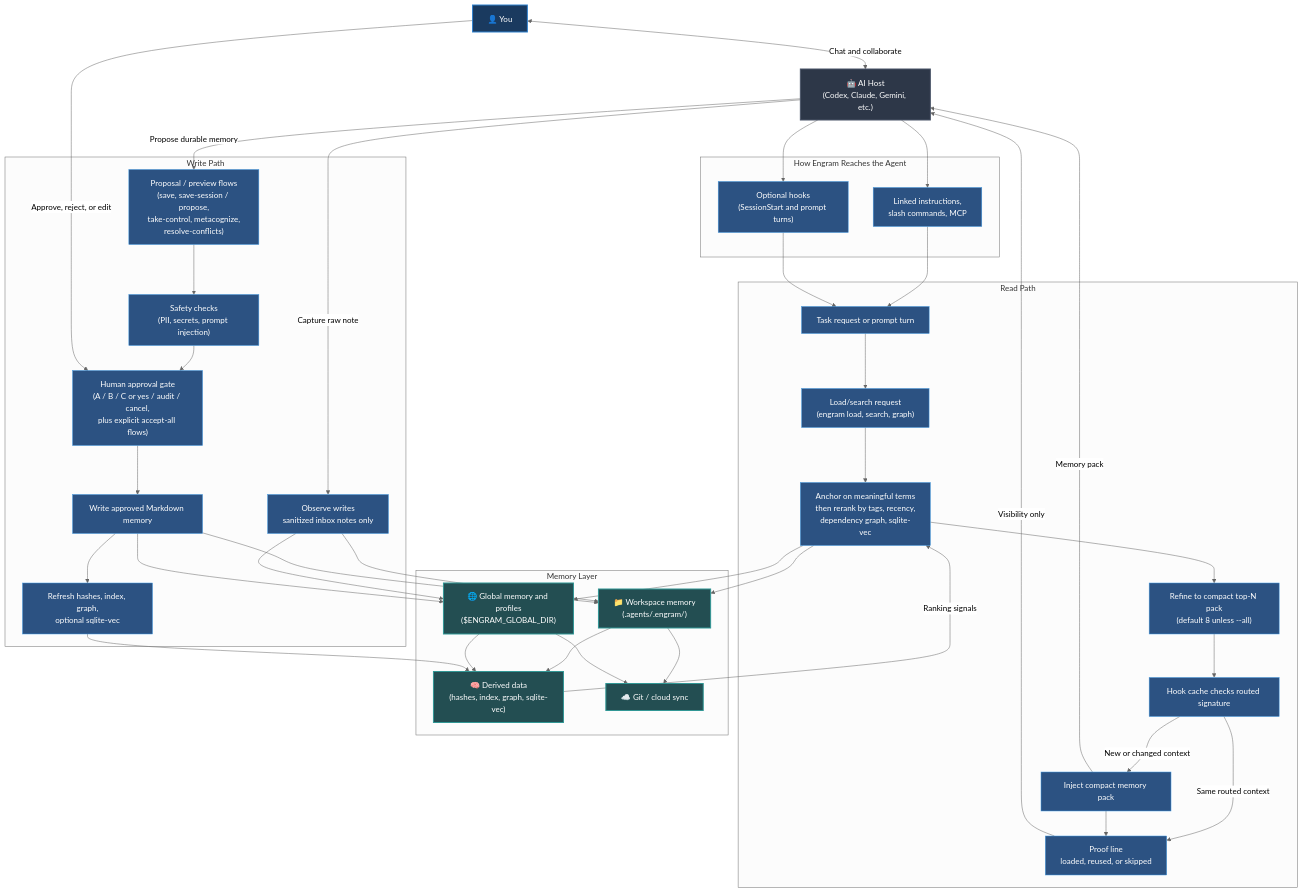
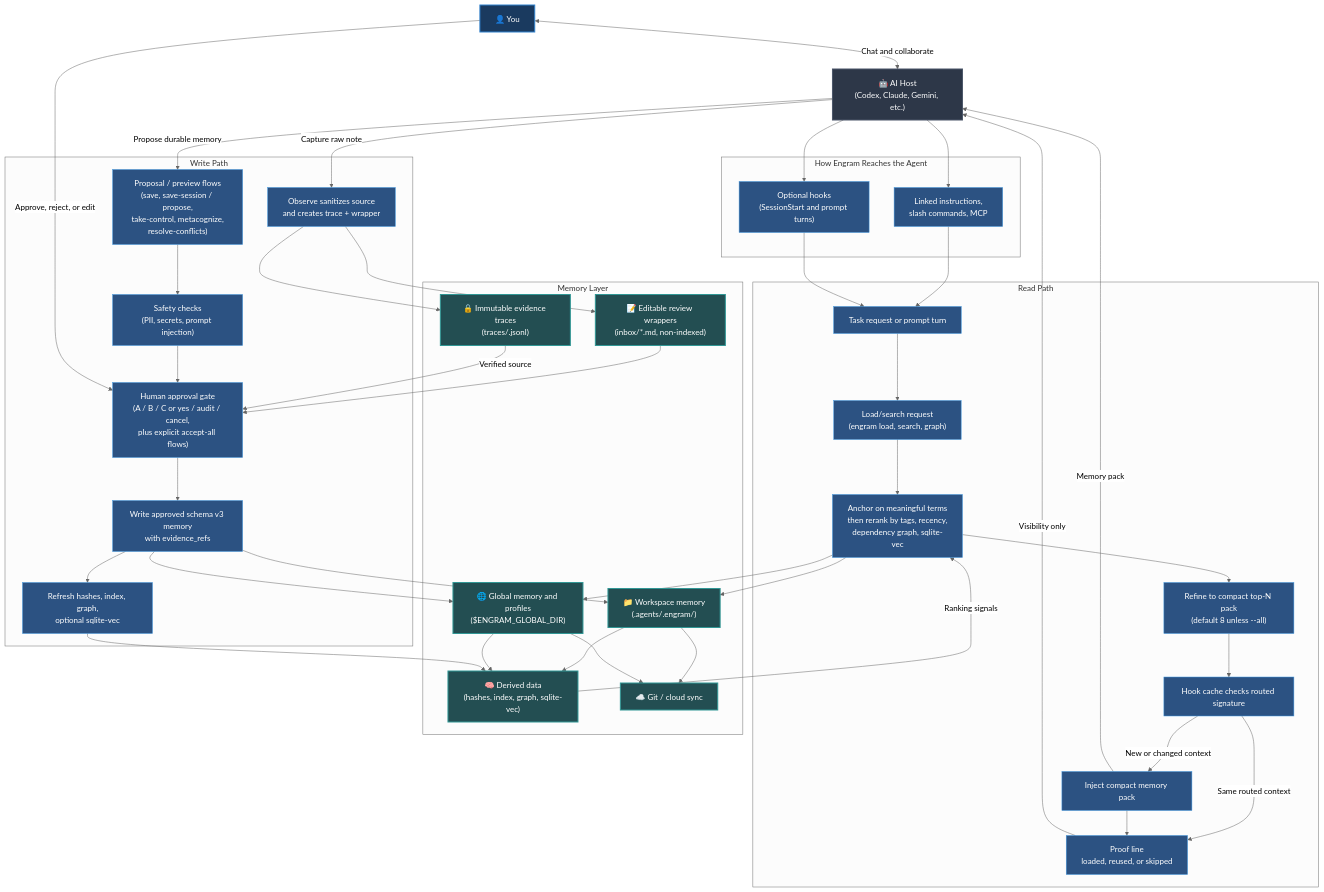
The first of 3 diagrams in README.md (the-long-ride/engram), drawn with Mermaid (neutral theme) before and after one commit. The commit also changed other lines of this file and 524 other files, not shown here.

````diff
--- a/README.md
+++ b/README.md
@@ -30,75 +55,79 @@
 ```mermaid
 graph TD
     classDef human fill:#1a3a5f,stroke:#3182ce,stroke-width:2px,color:#fff;
     classDef agent fill:#2d3748,stroke:#4a5568,stroke-width:2px,color:#fff;
     classDef storage fill:#234e52,stroke:#319795,stroke-width:2px,color:#fff;
     classDef action fill:#2c5282,stroke:#4299e1,stroke-width:1px,color:#fff;
 
     User["👤 You"]:::human
     AI["🤖 AI Host\n(Codex, Claude, Gemini, etc.)"]:::agent
 
     subgraph Entry ["How Engram Reaches the Agent"]
         Links["Linked instructions,\nslash commands, MCP"]:::action
         Hooks["Optional hooks\n(SessionStart and prompt turns)"]:::action
     end
 
     subgraph Read ["Read Path"]
         Trigger["Task request or prompt turn"]:::action
         Load["Load/search request\n(engram load, search, graph)"]:::action
         Route["Anchor on meaningful terms\nthen rerank by tags, recency,\ndependency graph, sqlite-vec"]:::action
         Refine["Refine to compact top-N pack\n(default 8 unless --all)"]:::action
         Cache["Hook cache checks routed signature"]:::action
         Inject["Inject compact memory pack"]:::action
         Proof["Proof line\nloaded, reused, or skipped"]:::action
     end
 
     subgraph Write ["Write Path"]
         Proposal["Proposal / preview flows\n(save, save-session / propose,\ntake-control, metacognize,\nresolve-conflicts)"]:::action
-        Observe["Observe writes\nsanitized inbox notes only"]:::action
+        Observe["Observe sanitizes source\nand creates trace + wrapper"]:::action
         Scan["Safety checks\n(PII, secrets, prompt injection)"]:::action
         Review["Human approval gate\n(A / B / C or yes / audit / cancel,\nplus explicit accept-all flows)"]:::action
-        Persist["Write approved Markdown memory"]:::action
+        Persist["Write approved schema v3 memory\nwith evidence_refs"]:::action
         Rebuild["Refresh hashes, index, graph,\noptional sqlite-vec"]:::action
     end
 
     subgraph Memory ["Memory Layer"]
         Workspace["📁 Workspace memory\n(.agents/.engram/)"]:::storage
         Global["🌐 Global memory and profiles\n($ENGRAM_GLOBAL_DIR)"]:::storage
+        TraceStore["🔒 Immutable evidence traces\n(traces/<trace-id>.jsonl)"]:::storage
+        Inbox["📝 Editable review wrappers\n(inbox/*.md, non-indexed)"]:::storage
         Derived["🧠 Derived data\n(hashes, index, graph, sqlite-vec)"]:::storage
         Sync["☁️ Git / cloud sync"]:::storage
     end
 
     User <-->|Chat and collaborate| AI
     AI --> Links
     AI --> Hooks
     Links --> Trigger
     Hooks --> Trigger
     Trigger --> Load
     Load --> Route
     Route --> Workspace
     Route --> Global
     Workspace --> Derived
     Global --> Derived
     Derived -->|Ranking signals| Route
     Route --> Refine
     Refine --> Cache
     Cache -->|New or changed context| Inject
     Cache -->|Same routed context| Proof
     Inject -->|Memory pack| AI
     Inject --> Proof
     Proof -->|Visibility only| AI
     AI -->|Propose durable memory| Proposal
     AI -->|Capture raw note| Observe
     Proposal --> Scan
     Scan --> Review
     User -->|Approve, reject, or edit| Review
     Review --> Persist
-    Observe --> Workspace
-    Observe --> Global
+    Observe --> TraceStore
+    Observe --> Inbox
+    Inbox --> Review
+    TraceStore -->|Verified source| Review
     Persist --> Workspace
     Persist --> Global
     Persist --> Rebuild
     Rebuild --> Derived
     Workspace --> Sync
     Global --> Sync
 ```
````
